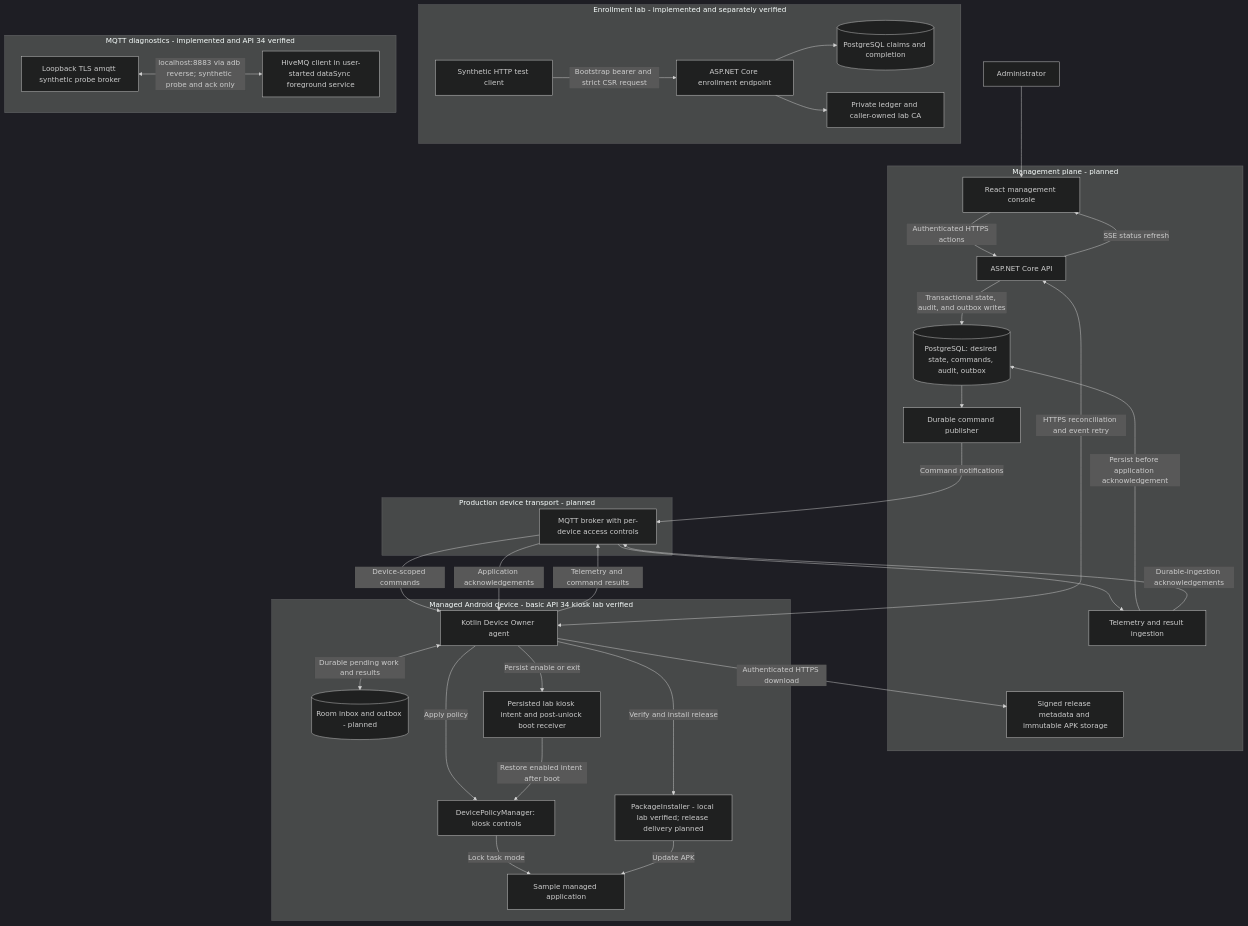
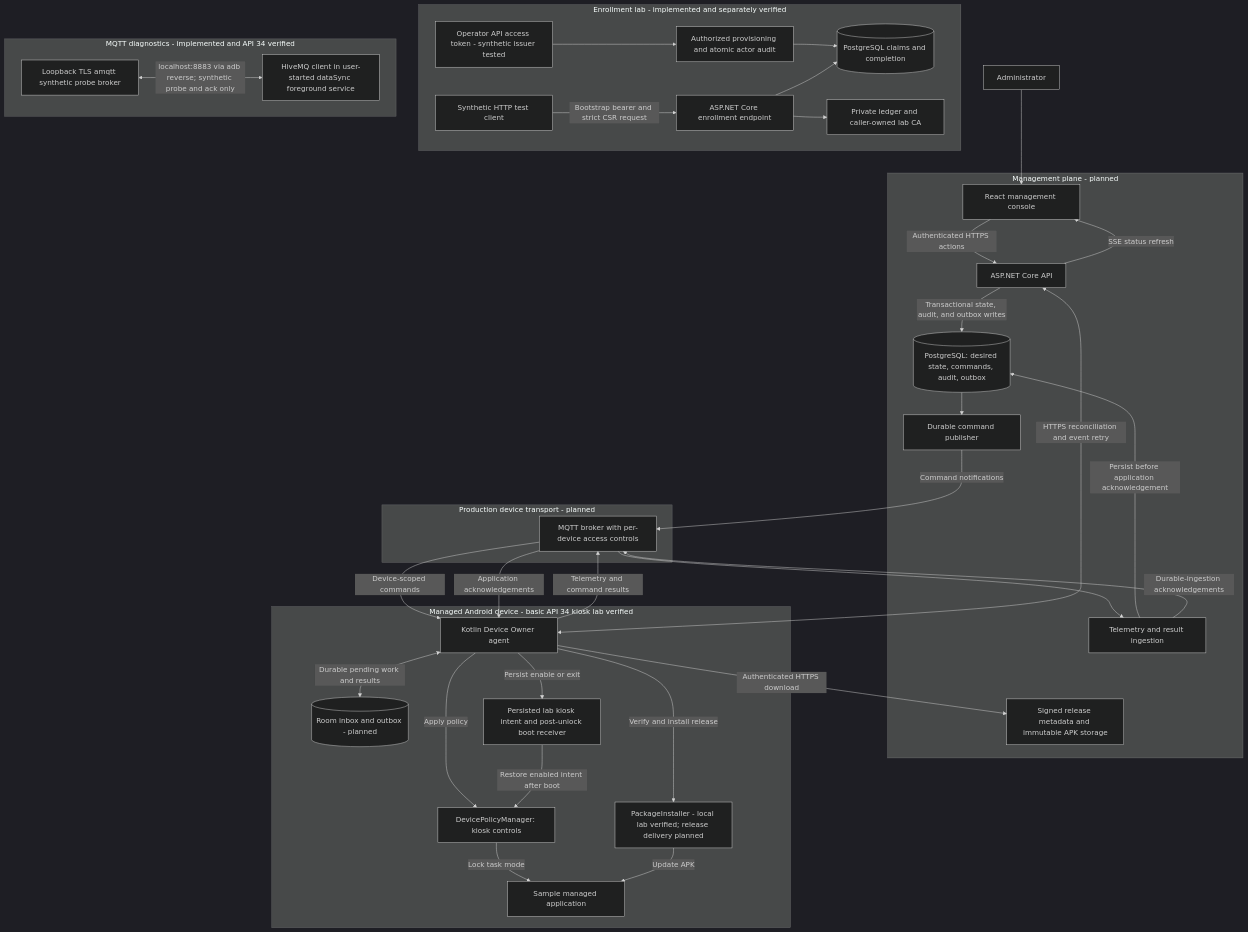
One commit to michaelnwanna/custom-android-mdm-agent changed the diagram in README.md. Above: the diagram before and after it, drawn with Mermaid (dark theme). The commit also changed other lines of this file and 351 other files, not shown here.

Commit message:
Add authorized pending enrollment provisioning and atomic audit

````diff
--- a/README.md
+++ b/README.md
@@ -43,64 +45,68 @@
 ```mermaid
 flowchart TB
 	Admin[Administrator]
 
 	subgraph EnrollmentLab["Enrollment lab - implemented and separately verified"]
 		EnrollmentClient[Synthetic HTTP test client]
+		OperatorToken[Operator API access token - synthetic issuer tested]
+		Provisioning[Authorized provisioning and atomic actor audit]
+		OperatorToken --> Provisioning
+		Provisioning --> EnrollmentDB
 		EnrollmentAPI[ASP.NET Core enrollment endpoint]
 		EnrollmentDB[(PostgreSQL claims and completion)]
 		LabSigner[Private ledger and caller-owned lab CA]
 		EnrollmentClient -->|Bootstrap bearer and strict CSR request| EnrollmentAPI
 		EnrollmentAPI --> EnrollmentDB
 		EnrollmentAPI --> LabSigner
 	end
 
 	subgraph Management["Management plane - planned"]
 		Console[React management console]
 		API[ASP.NET Core API]
 		DB[(PostgreSQL: desired state, commands, audit, outbox)]
 		Publisher[Durable command publisher]
 		Ingest[Telemetry and result ingestion]
 		Artifacts[Signed release metadata and immutable APK storage]
 	end
 
 	subgraph Transport["Production device transport - planned"]
 		Broker[MQTT broker with per-device access controls]
 	end
 
 	subgraph Diagnostics["MQTT diagnostics - implemented and API 34 verified"]
 		LabBroker[Loopback TLS amqtt synthetic probe broker]
 		LabService[HiveMQ client in user-started dataSync foreground service]
 	end
 
 	subgraph Device["Managed Android device - basic API 34 kiosk lab verified"]
 		Agent[Kotlin Device Owner agent]
 		Room[(Room inbox and outbox - planned)]
 		Policy[DevicePolicyManager: kiosk controls]
 		Boot[Persisted lab kiosk intent and post-unlock boot receiver]
 		Installer[PackageInstaller - local lab verified; release delivery planned]
 		Sample[Sample managed application]
 	end
 
 	Admin --> Console
 	LabBroker <-->|localhost:8883 via adb reverse; synthetic probe and ack only| LabService
 	Console -->|Authenticated HTTPS actions| API
 	API -->|Transactional state, audit, and outbox writes| DB
 	DB --> Publisher
 	Publisher -->|Command notifications| Broker
 	Broker -->|Device-scoped commands| Agent
 	Agent <-->|Durable pending work and results| Room
 	Agent -->|Apply policy| Policy
 	Agent -->|Persist enable or exit| Boot
 	Boot -->|Restore enabled intent after boot| Policy
 	Policy -->|Lock task mode| Sample
 	Agent -->|Verify and install release| Installer
 	Installer -->|Update APK| Sample
 	Agent -->|Authenticated HTTPS download| Artifacts
 	Agent -->|Telemetry and command results| Broker
 	Broker --> Ingest
 	Ingest -->|Persist before application acknowledgement| DB
 	Ingest -->|Durable-ingestion acknowledgements| Broker
 	Broker -->|Application acknowledgements| Agent
 	Agent <-->|HTTPS reconciliation and event retry| API
 	API -->|SSE status refresh| Console
 ```
````
